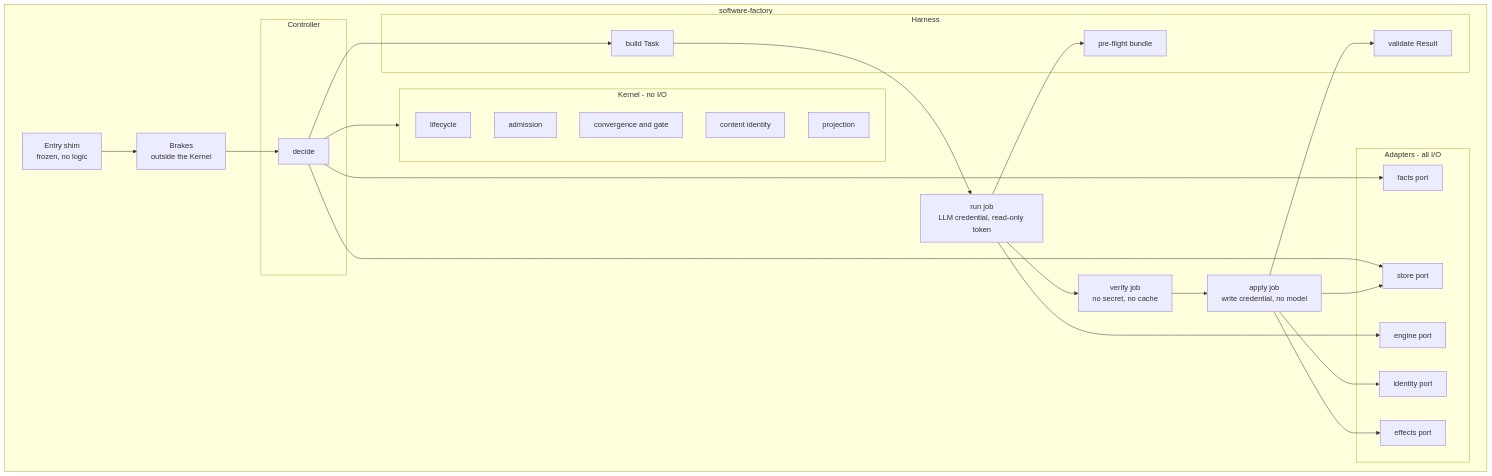
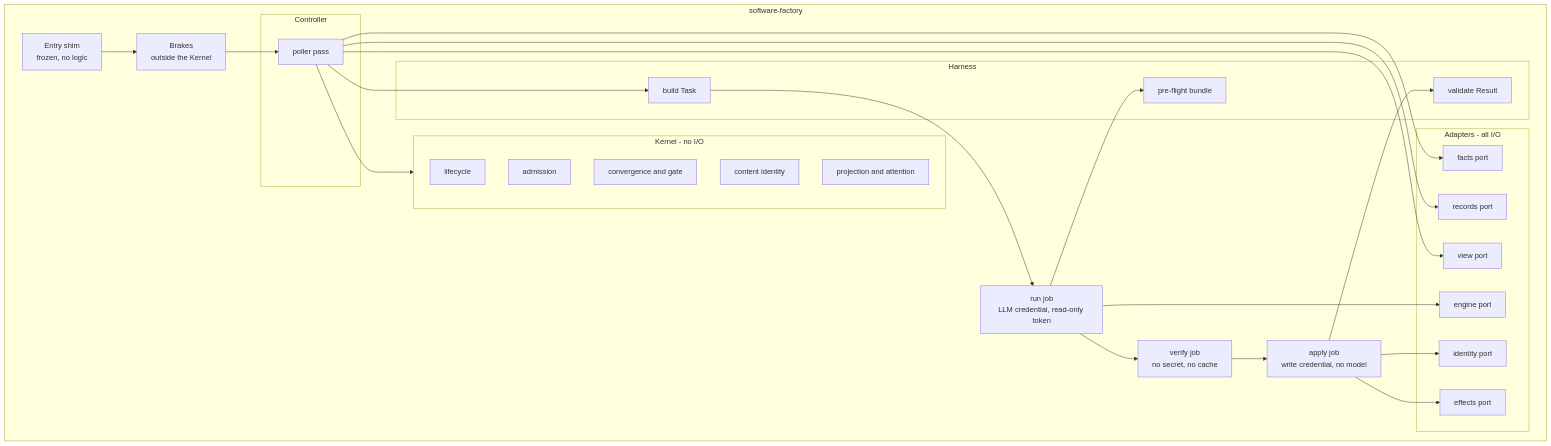
Before and after one commit to combsmith/.github-private: the second of 5 diagrams in docs/architecture/software-factory-design.md, drawn with Mermaid. The commit also changed other lines of this file and 4 other files, not shown here.

````diff
--- a/docs/architecture/software-factory-design.md
+++ b/docs/architecture/software-factory-design.md
@@ -87,45 +96,46 @@
 ```mermaid
 flowchart TB
   subgraph hub[software-factory]
     shim[Entry shim<br/>frozen, no logic]
     guard[Brakes<br/>outside the Kernel]
     subgraph ctl[Controller]
-      decide[decide]
+      pass[poller pass]
     end
     subgraph kernel[Kernel - no I/O]
       life[lifecycle]
       adm[admission]
       conv[convergence and gate]
       cid[content identity]
-      proj[projection]
+      proj[projection and attention]
     end
     subgraph adapters[Adapters - all I/O]
       facts[facts port]
-      store[store port]
+      rec[records port]
+      view[view port]
       eff[effects port]
       eng[engine port]
       idp[identity port]
     end
     subgraph harness[Harness]
       task[build Task]
       pre[pre-flight bundle]
       val[validate Result]
     end
     run[run job<br/>LLM credential, read-only token]
     verify[verify job<br/>no secret, no cache]
     apply[apply job<br/>write credential, no model]
   end
 
-  shim --> guard --> decide
-  decide --> facts
-  decide --> store
-  decide --> kernel
-  decide --> task --> run
+  shim --> guard --> pass
+  pass --> facts
+  pass --> rec
+  pass --> view
+  pass --> kernel
+  pass --> task --> run
   run --> eng
   run --> pre
   run --> verify --> apply
   apply --> val
   apply --> idp
   apply --> eff
-  apply --> store
 ```
````
